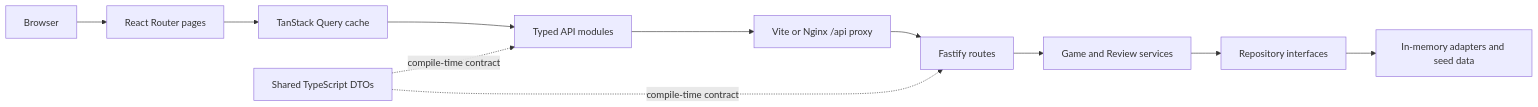
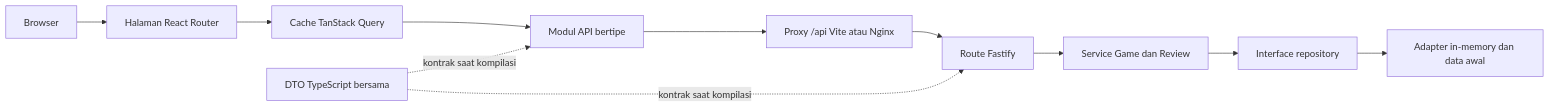
Before and after one commit to barayuda/monorepo-game-review: the diagram in README.md, drawn with Mermaid. The commit also changed other lines of this file and 2 other files, not shown here.

````diff
--- a/README.md
+++ b/README.md
@@ -46,17 +46,17 @@
 ```mermaid
 flowchart LR
     Browser[Browser]
-    Router[React Router pages]
-    Query[TanStack Query cache]
-    Client[Typed API modules]
-    Proxy[Vite or Nginx /api proxy]
-    Routes[Fastify routes]
-    Services[Game and Review services]
-    Repositories[Repository interfaces]
-    Memory[In-memory adapters and seed data]
-    Contracts[Shared TypeScript DTOs]
+    Router[Halaman React Router]
+    Query[Cache TanStack Query]
+    Client[Modul API bertipe]
+    Proxy[Proxy /api Vite atau Nginx]
+    Routes[Route Fastify]
+    Services[Service Game dan Review]
+    Repositories[Interface repository]
+    Memory[Adapter in-memory dan data awal]
+    Contracts[DTO TypeScript bersama]
 
     Browser --> Router --> Query --> Client --> Proxy --> Routes --> Services --> Repositories --> Memory
-    Contracts -. compile-time contract .-> Client
-    Contracts -. compile-time contract .-> Routes
+    Contracts -. kontrak saat kompilasi .-> Client
+    Contracts -. kontrak saat kompilasi .-> Routes
 ```
````
